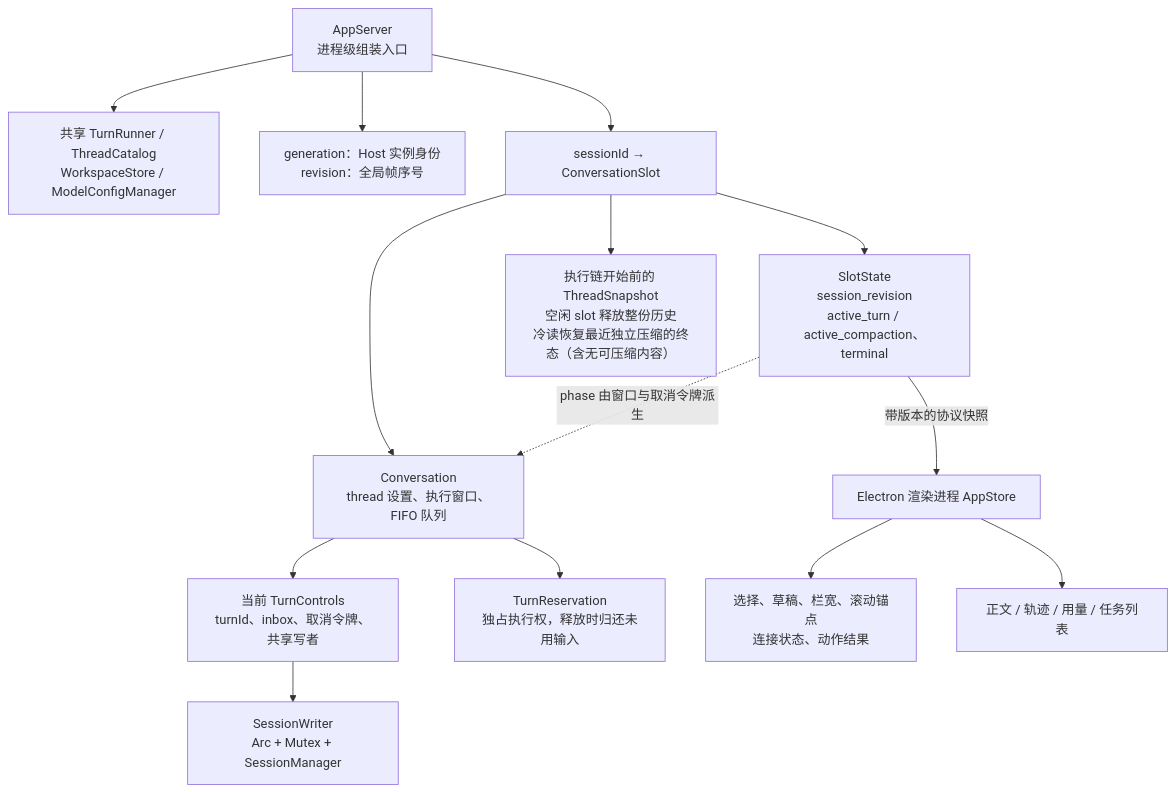
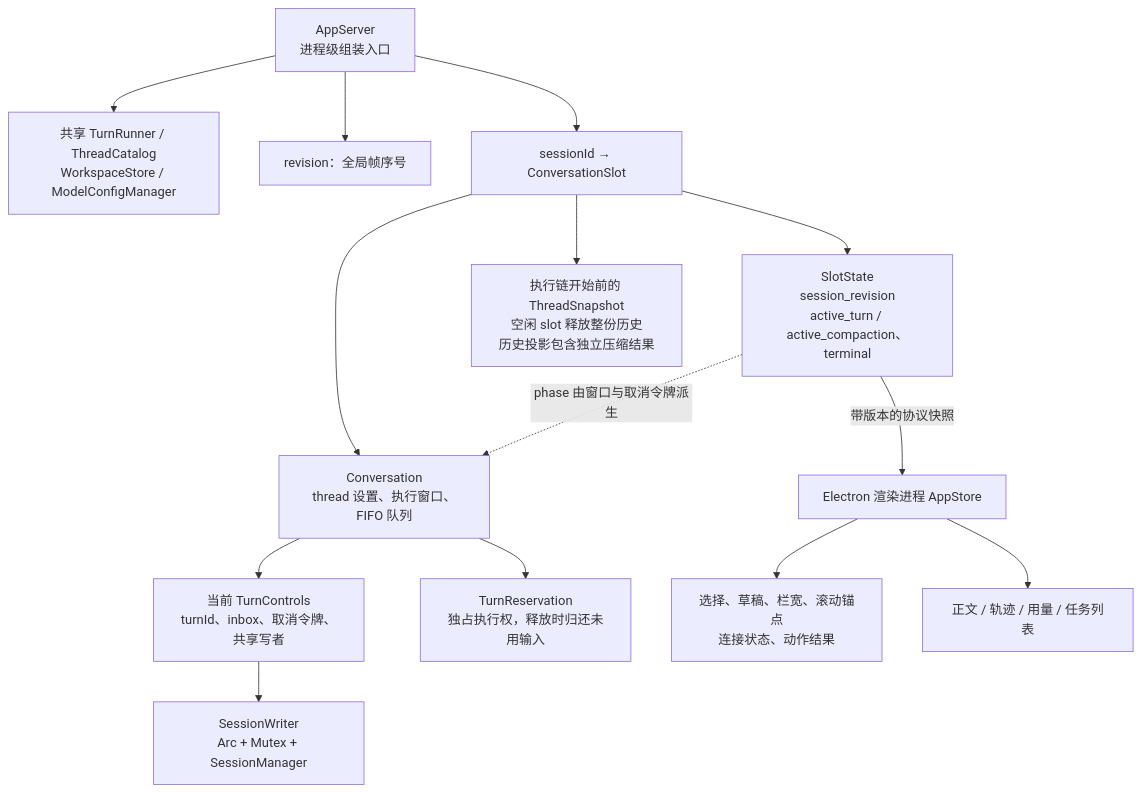
Before and after one commit to qjcnmd/singularity-agent: the fifth of 29 diagrams in docs/architecture.md, drawn with Mermaid. The commit also changed other lines of this file and 137 other files, not shown here.

````diff
--- a/docs/architecture.md
+++ b/docs/architecture.md
@@ -132,16 +132,16 @@
 ```mermaid
 flowchart TB
     WB["AppServer<br/>进程级组装入口"] --> Shared["共享 TurnRunner / ThreadCatalog<br/>WorkspaceStore / ModelConfigManager"]
-    WB --> Order["generation：Host 实例身份<br/>revision：全局帧序号"]
+    WB --> Order["revision：全局帧序号"]
     WB --> Slots["sessionId → ConversationSlot"]
     Slots --> Conv["Conversation<br/>thread 设置、执行窗口、FIFO 队列"]
     Slots --> Projection["SlotState<br/>session_revision<br/>active_turn / active_compaction、terminal"]
-    Slots --> Stable["执行链开始前的 ThreadSnapshot<br/>空闲 slot 释放整份历史<br/>冷读恢复最近独立压缩的终态（含无可压缩内容）"]
+    Slots --> Stable["执行链开始前的 ThreadSnapshot<br/>空闲 slot 释放整份历史<br/>历史投影包含独立压缩结果"]
     Conv --> Running["当前 TurnControls<br/>turnId、inbox、取消令牌、共享写者"]
     Conv --> Reservation["TurnReservation<br/>独占执行权，释放时归还未用输入"]
     Running --> Writer["SessionWriter<br/>Arc + Mutex + SessionManager"]
     Projection -. "phase 由窗口与取消令牌派生" .-> Conv
     Projection -->|"带版本的协议快照"| Store["Electron 渲染进程 AppStore"]
     Store --> UIState["选择、草稿、栏宽、滚动锚点<br/>连接状态、动作结果"]
     Store --> Views["正文 / 轨迹 / 用量 / 任务列表"]
 ```
````
